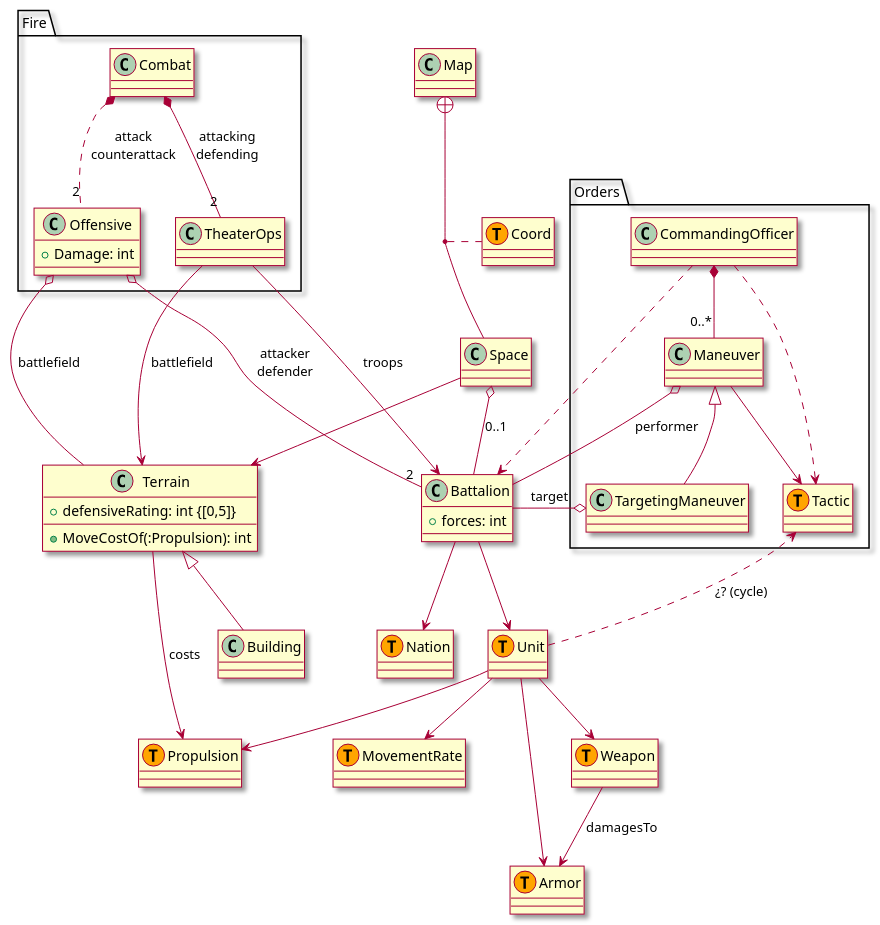
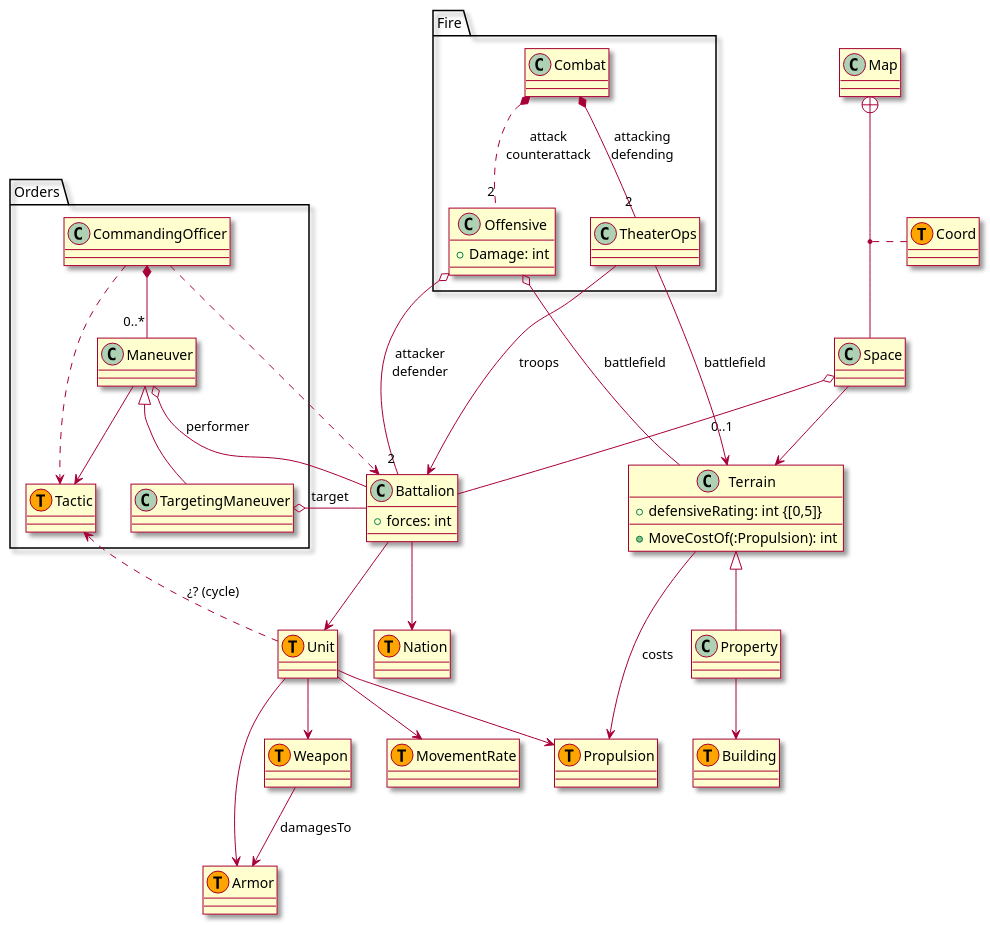
One commit to RicardoGuzmanVelasco/AdvanceWars changed the diagram in Assets/AdvanceWars/Documentation~/Classes.puml. Above: the diagram before and after it, drawn with PlantUML.

Commit message:
docs: add knowledge about Property vs Building on the domain diagram
Tras discutirlo, no se había actualizado esta parte del diagrama.

```diff
--- a/Assets/AdvanceWars/Documentation~/Classes.puml
+++ b/Assets/AdvanceWars/Documentation~/Classes.puml
@@ -1,70 +1,72 @@
 @startuml
 skin rose
 
 class Propulsion <<(T, Orange)>>
 class Terrain{
     +defensiveRating: int {[0,5]}
     +MoveCostOf(:Propulsion): int
 }
+class Building <<(T, Orange)>>
 class Battalion{
     +forces: int
 }
 class Unit <<(T, Orange)>>
 class MovementRate <<(T, Orange)>>
 class Nation <<(T, Orange)>>
 class Map
 class Space
 class Coord <<(T, orange)>>
 class Armor <<(T, Orange)>>
 class Weapon <<(T, Orange)>>
 
 package Orders{
 class Tactic <<(T, Orange)>>
 class Maneuver
 class TargetingManeuver
 class CommandingOfficer
 }
 
 package Fire{
 class Combat
 class Offensive{
 +Damage: int
 }
 class TheaterOps
 }
 
 Unit --> Propulsion
 Unit --> MovementRate
 Unit --> Armor
 Map +-- Space
 (Map, Space) .. Coord
 Space --> Terrain
 Terrain --> Propulsion : costs
 Battalion --> Nation
 Space o-- Battalion : 0..1
 Battalion --> Unit
-Building -u-|> Terrain
+Property -u-|> Terrain
+Property --> Building
 Unit --> Weapon
 Weapon --> Armor : damagesTo
 
 Offensive o--- "2" Battalion : attacker\ndefender
 Offensive o--- Terrain : battlefield
 
 CommandingOfficer *-- "0..*" Maneuver
 
 CommandingOfficer ..> Battalion
 CommandingOfficer ..> Tactic
 TargetingManeuver -u-|> Maneuver
 TargetingManeuver o-- Battalion : target
 Maneuver o-- Battalion : performer
 Maneuver --> Tactic
 
 Unit ..> Tactic : ¿? (cycle)
 
 Combat *.. "2" Offensive : attack\ncounterattack
 Combat *-- "2" TheaterOps : attacking\ndefending
 
 TheaterOps --> Terrain : battlefield
 TheaterOps --> Battalion : troops
 
 @enduml
```
